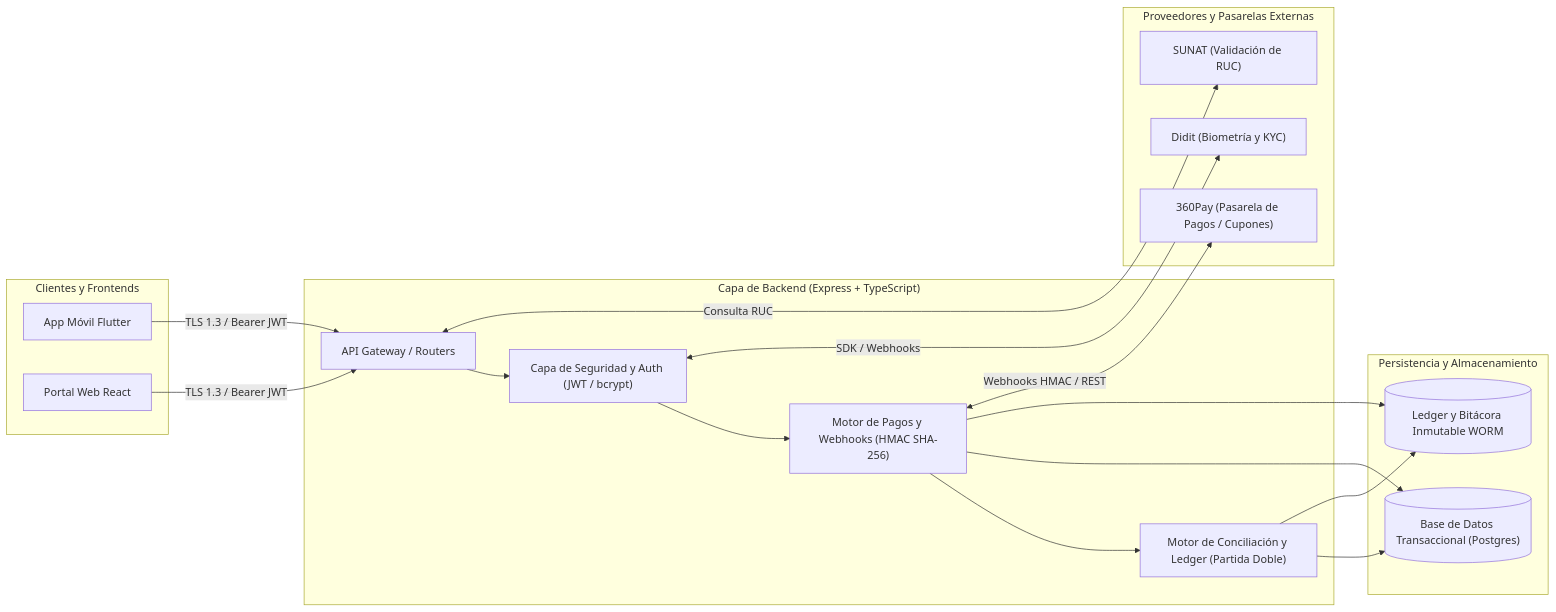
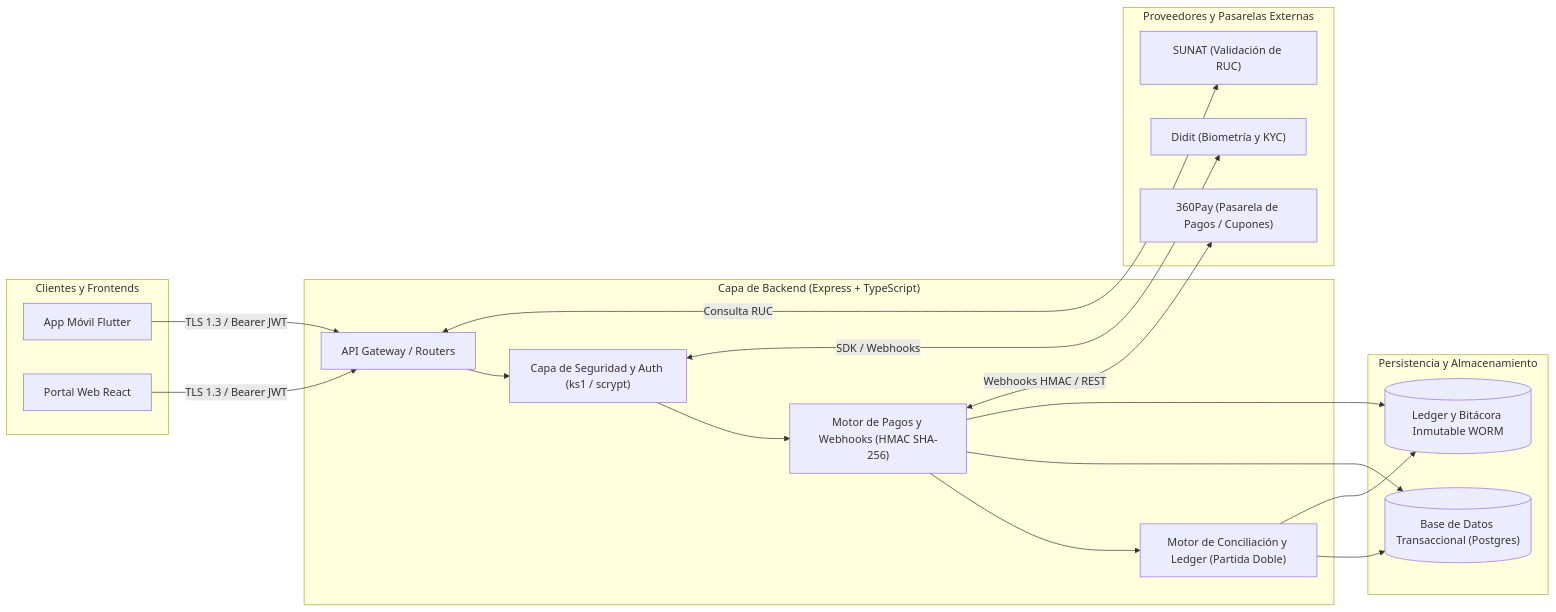
One commit to Kuota-inc/kuota-app changed the diagram in docs/auditoria-archify/README.md. Above: the diagram before and after it, drawn with Mermaid. The commit also changed other lines of this file and 17 other files, not shown here.

````diff
--- a/docs/auditoria-archify/README.md
+++ b/docs/auditoria-archify/README.md
@@ -29,32 +29,32 @@
 ```mermaid
 flowchart LR
   subgraph Clientes ["Clientes y Frontends"]
     A1["App Móvil Flutter"]
     A2["Portal Web React"]
   end
 
   subgraph Backend ["Capa de Backend (Express + TypeScript)"]
     B1["API Gateway / Routers"]
-    B2["Capa de Seguridad y Auth (JWT / bcrypt)"]
+    B2["Capa de Seguridad y Auth (ks1 / scrypt)"]
     B3["Motor de Pagos y Webhooks (HMAC SHA-256)"]
     B4["Motor de Conciliación y Ledger (Partida Doble)"]
   end
 
   subgraph Persistencia ["Persistencia y Almacenamiento"]
     D1[("Base de Datos Transaccional (Postgres)")]
     D2[("Ledger y Bitácora Inmutable WORM")]
   end
 
   subgraph Externos ["Proveedores y Pasarelas Externas"]
     E1["360Pay (Pasarela de Pagos / Cupones)"]
     E2["Didit (Biometría y KYC)"]
     E3["SUNAT (Validación de RUC)"]
   end
 
   A1 & A2 -->|TLS 1.3 / Bearer JWT| B1
   B1 --> B2 --> B3 --> B4
   B3 & B4 --> D1 & D2
   B3 <-->|Webhooks HMAC / REST| E1
   B2 <-->|SDK / Webhooks| E2
   B1 <-->|Consulta RUC| E3
 ```
````
